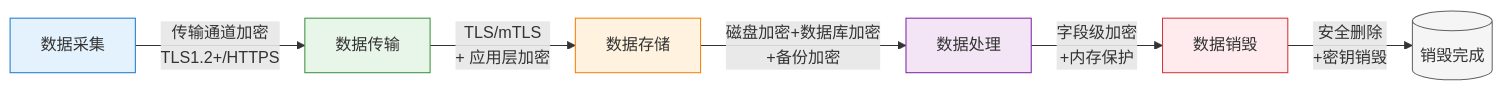
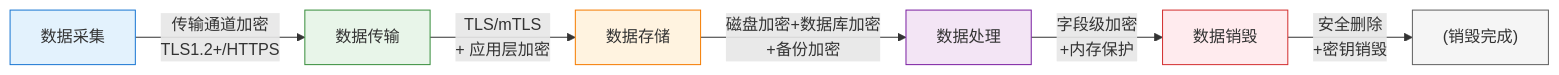
The diagram in .agents/rules/data-security/data-encryption/01-overview-system.md (xinetzone/SpecWeave), drawn with Mermaid before and after one commit. The commit also changed 107 other files, not shown here.

First line of the commit message:
style(mermaid): check-mermaid --fix自动修复-移除空行+补充引号+subgraph标签

````diff
--- a/.agents/rules/data-security/data-encryption/01-overview-system.md
+++ b/.agents/rules/data-security/data-encryption/01-overview-system.md
@@ -41,15 +41,14 @@
 ```mermaid
 flowchart LR
-    A[数据采集] -->|传输通道加密<br/>TLS1.2+/HTTPS| B[数据传输]
-    B -->|TLS/mTLS<br/>+ 应用层加密| C[数据存储]
-    C -->|磁盘加密+数据库加密<br/>+备份加密| D[数据处理]
-    D -->|字段级加密<br/>+内存保护| E[数据销毁]
-    E -->|安全删除<br/>+密钥销毁| F[(销毁完成)]
-    
+    A["数据采集"] -->|"传输通道加密<br/>TLS1.2+/HTTPS"| B["数据传输"]
+    B -->|"TLS/mTLS<br/>+ 应用层加密"| C["数据存储"]
+    C -->|"磁盘加密+数据库加密<br/>+备份加密"| D["数据处理"]
+    D -->|"字段级加密<br/>+内存保护"| E["数据销毁"]
+    E -->|"安全删除<br/>+密钥销毁"| F["(销毁完成)"]
     style A fill:#e3f2fd,stroke:#1976d2
     style B fill:#e8f5e9,stroke:#388e3c
     style C fill:#fff3e0,stroke:#f57c00
     style D fill:#f3e5f5,stroke:#7b1fa2
     style E fill:#ffebee,stroke:#d32f2f
     style F fill:#f5f5f5,stroke:#616161
 ```
````
